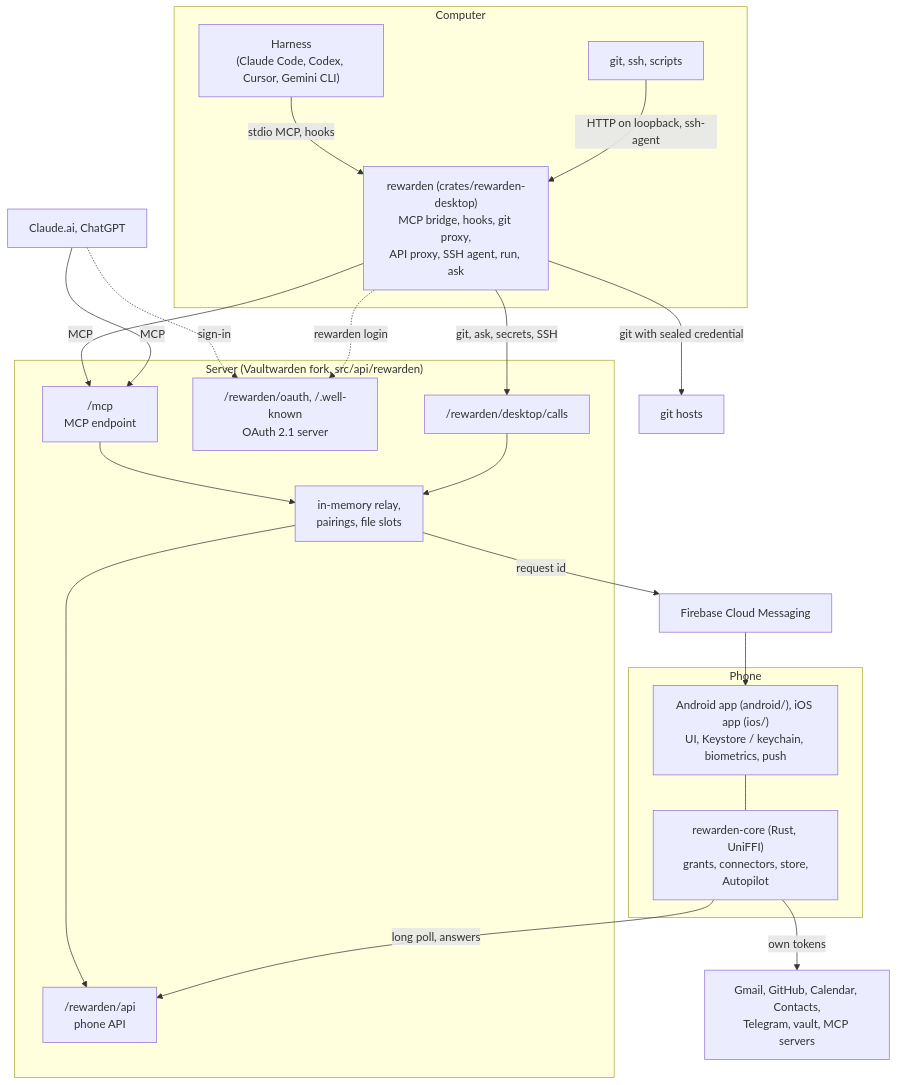
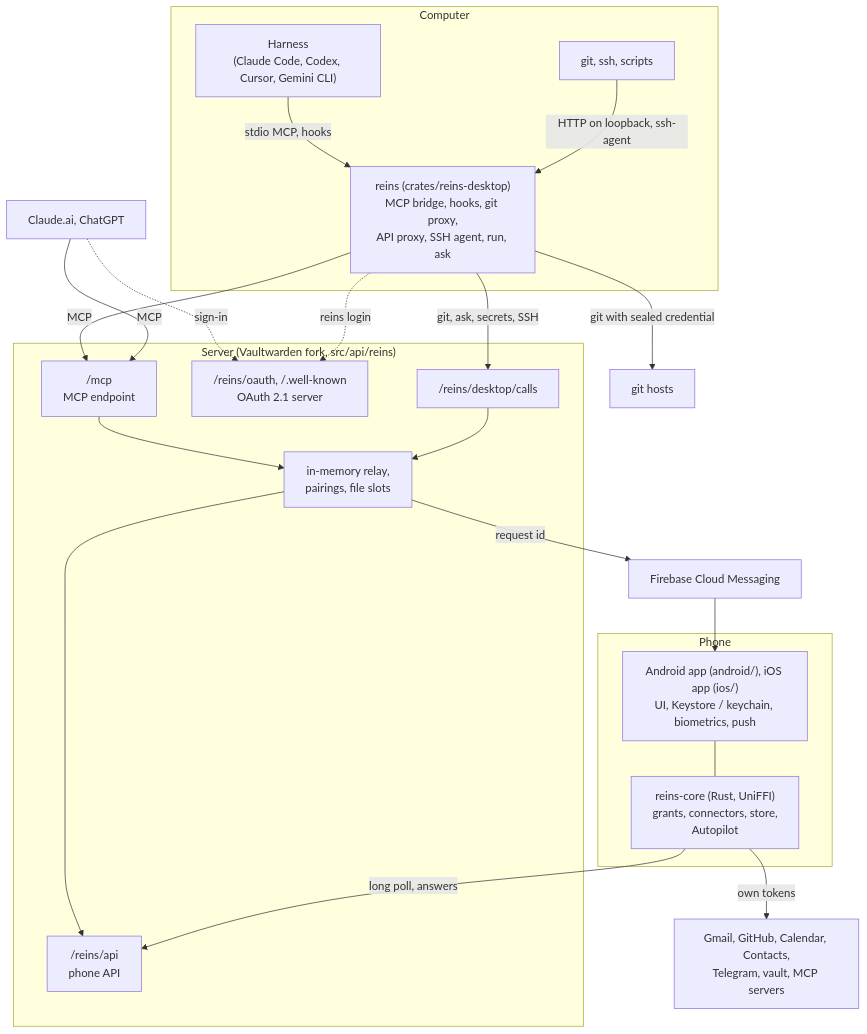
The first of 4 diagrams in docs/architecture.md (katulevskiy/reins), drawn with Mermaid before and after one commit. The commit also changed other lines of this file and 584 other files, not shown here.

Commit message:
chore: rename rewarden to reins everywhere

````diff
--- a/docs/architecture.md
+++ b/docs/architecture.md
@@ -6,38 +6,38 @@
 ```mermaid
 flowchart TB
     subgraph computer["Computer"]
         harness["Harness<br/>(Claude Code, Codex, Cursor, Gemini CLI)"]
         git["git, ssh, scripts"]
-        desktop["rewarden (crates/rewarden-desktop)<br/>MCP bridge, hooks, git proxy,<br/>API proxy, SSH agent, run, ask"]
+        desktop["reins (crates/reins-desktop)<br/>MCP bridge, hooks, git proxy,<br/>API proxy, SSH agent, run, ask"]
     end
     cloudai["Claude.ai, ChatGPT"]
-    subgraph server["Server (Vaultwarden fork, src/api/rewarden)"]
+    subgraph server["Server (Vaultwarden fork, src/api/reins)"]
         mcp["/mcp<br/>MCP endpoint"]
-        oauth["/rewarden/oauth, /.well-known<br/>OAuth 2.1 server"]
-        dapi["/rewarden/desktop/calls"]
+        oauth["/reins/oauth, /.well-known<br/>OAuth 2.1 server"]
+        dapi["/reins/desktop/calls"]
         relay["in-memory relay,<br/>pairings, file slots"]
-        papi["/rewarden/api<br/>phone API"]
+        papi["/reins/api<br/>phone API"]
     end
     fcm["Firebase Cloud Messaging"]
     subgraph phone["Phone"]
         app["Android app (android/), iOS app (ios/)<br/>UI, Keystore / keychain, biometrics, push"]
-        core["rewarden-core (Rust, UniFFI)<br/>grants, connectors, store,<br/>Autopilot"]
+        core["reins-core (Rust, UniFFI)<br/>grants, connectors, store,<br/>Autopilot"]
     end
     services["Gmail, GitHub, Calendar, Contacts,<br/>Telegram, vault, MCP servers"]
     hosts["git hosts"]
 
     harness -- "stdio MCP, hooks" --> desktop
     git -- "HTTP on loopback, ssh-agent" --> desktop
     desktop -- "MCP" --> mcp
     desktop -- "git, ask, secrets, SSH" --> dapi
     cloudai -- "MCP" --> mcp
     cloudai -. "sign-in" .-> oauth
-    desktop -. "rewarden login" .-> oauth
+    desktop -. "reins login" .-> oauth
     mcp & dapi --> relay
     relay --> papi
     relay -- "request id" --> fcm --> app
     app --- core
     core -- "long poll, answers" --> papi
     core -- "own tokens" --> services
     desktop -- "git with sealed credential" --> hosts
 ```
````
